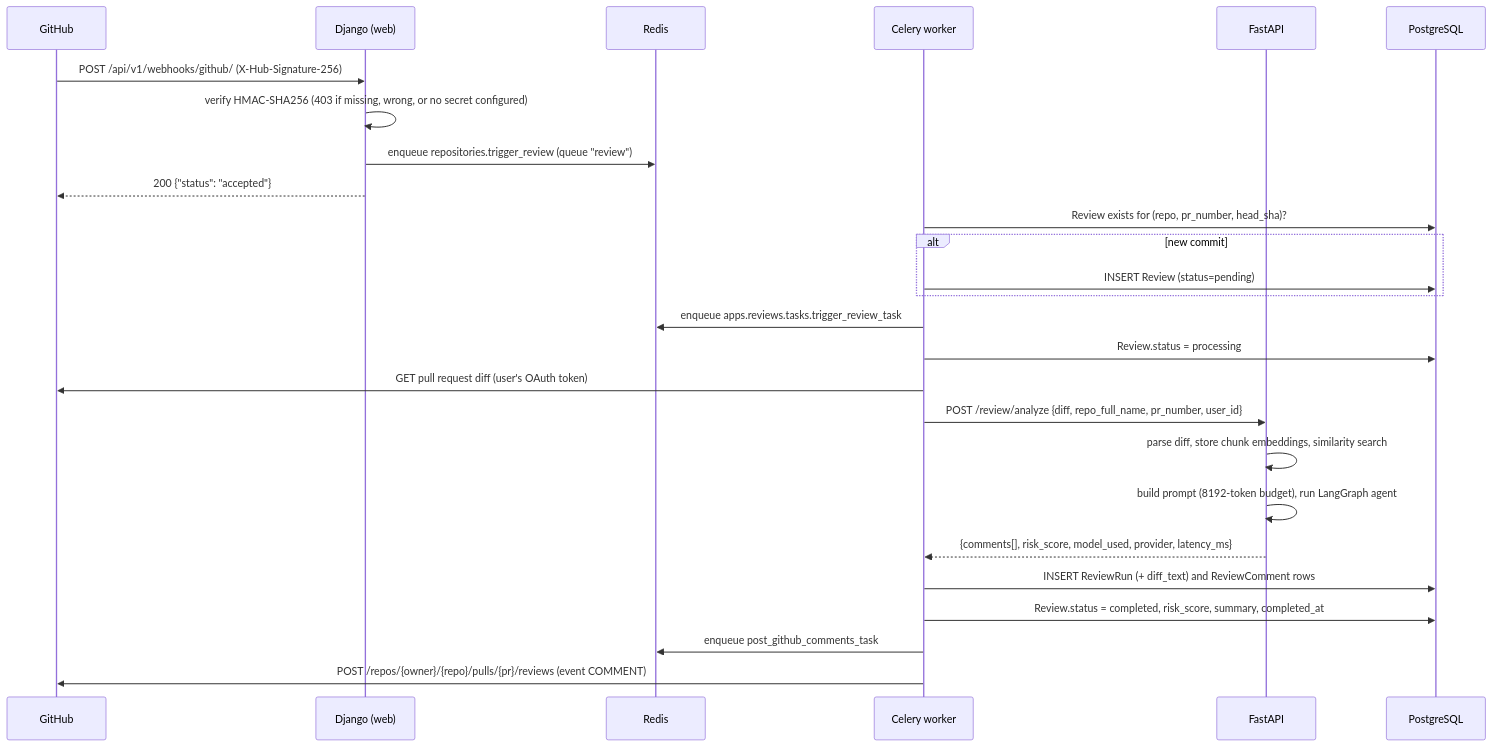
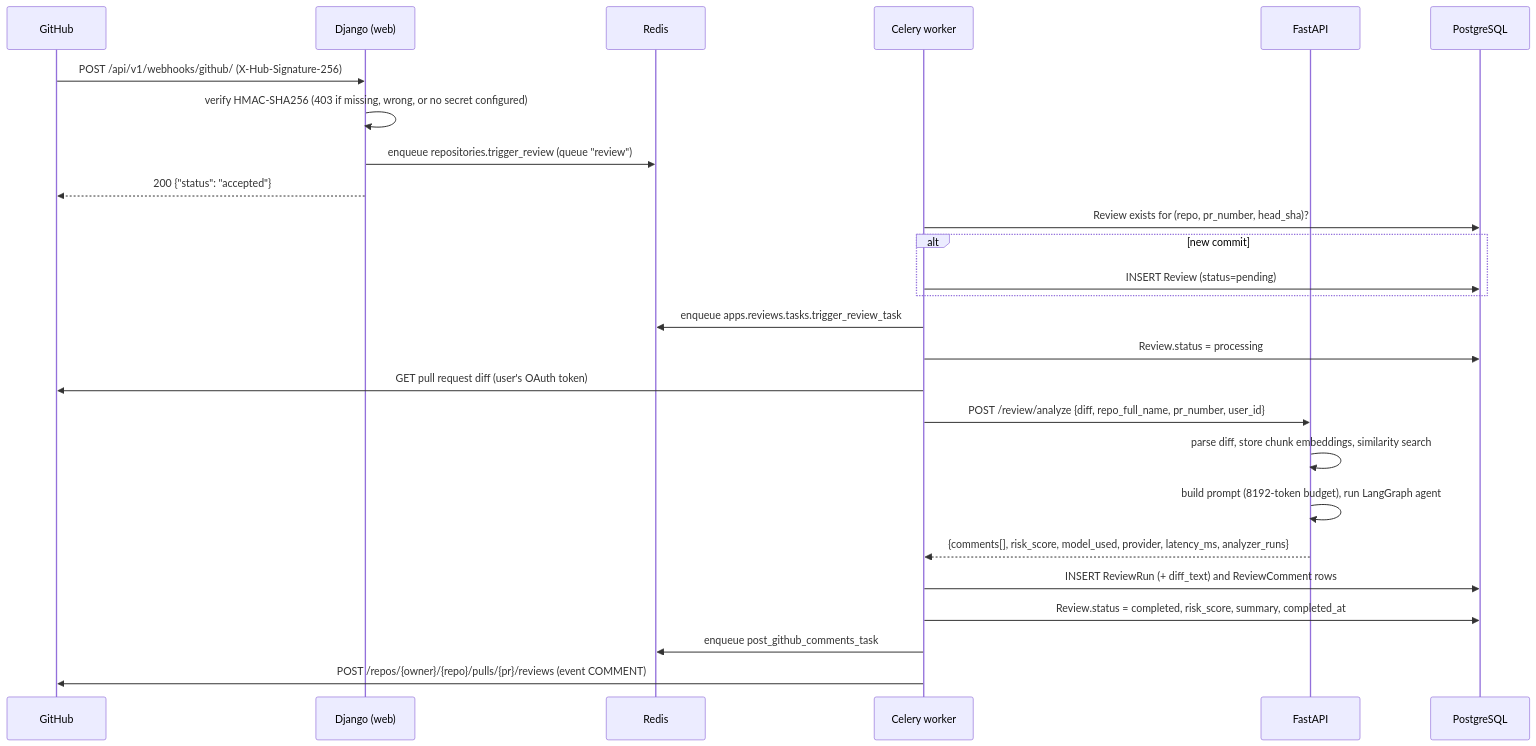
The second of 10 diagrams in docs/SYSTEM_ARCHITECTURE.md (muhammedsiinanmp/Devmind), drawn with Mermaid before and after one commit. The commit also changed other lines of this file and 2 other files, not shown here.

First line of the commit message:
Document the 4-node review graph, parse-only retry and risk score

````diff
--- a/docs/SYSTEM_ARCHITECTURE.md
+++ b/docs/SYSTEM_ARCHITECTURE.md
@@ -146,33 +146,33 @@
 ```mermaid
 sequenceDiagram
     participant GH as GitHub
     participant DJ as Django (web)
     participant RD as Redis
     participant CW as Celery worker
     participant FA as FastAPI
     participant PG as PostgreSQL
 
     GH->>DJ: POST /api/v1/webhooks/github/ (X-Hub-Signature-256)
     DJ->>DJ: verify HMAC-SHA256 (403 if missing, wrong, or no secret configured)
     DJ->>RD: enqueue repositories.trigger_review (queue "review")
     DJ-->>GH: 200 {"status": "accepted"}
 
     CW->>PG: Review exists for (repo, pr_number, head_sha)?
     alt new commit
         CW->>PG: INSERT Review (status=pending)
     end
     CW->>RD: enqueue apps.reviews.tasks.trigger_review_task
 
     CW->>PG: Review.status = processing
     CW->>GH: GET pull request diff (user's OAuth token)
     CW->>FA: POST /review/analyze {diff, repo_full_name, pr_number, user_id}
     FA->>FA: parse diff, store chunk embeddings, similarity search
     FA->>FA: build prompt (8192-token budget), run LangGraph agent
-    FA-->>CW: {comments[], risk_score, model_used, provider, latency_ms}
+    FA-->>CW: {comments[], risk_score, model_used, provider, latency_ms, analyzer_runs}
 
     CW->>PG: INSERT ReviewRun (+ diff_text) and ReviewComment rows
     CW->>PG: Review.status = completed, risk_score, summary, completed_at
     CW->>RD: enqueue post_github_comments_task
 
     CW->>GH: POST /repos/{owner}/{repo}/pulls/{pr}/reviews (event COMMENT)
 ```
````
